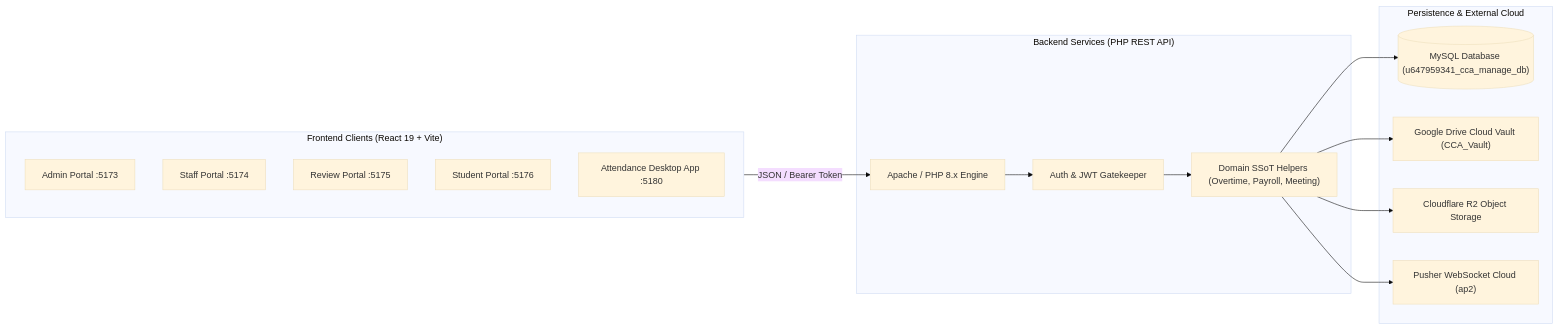
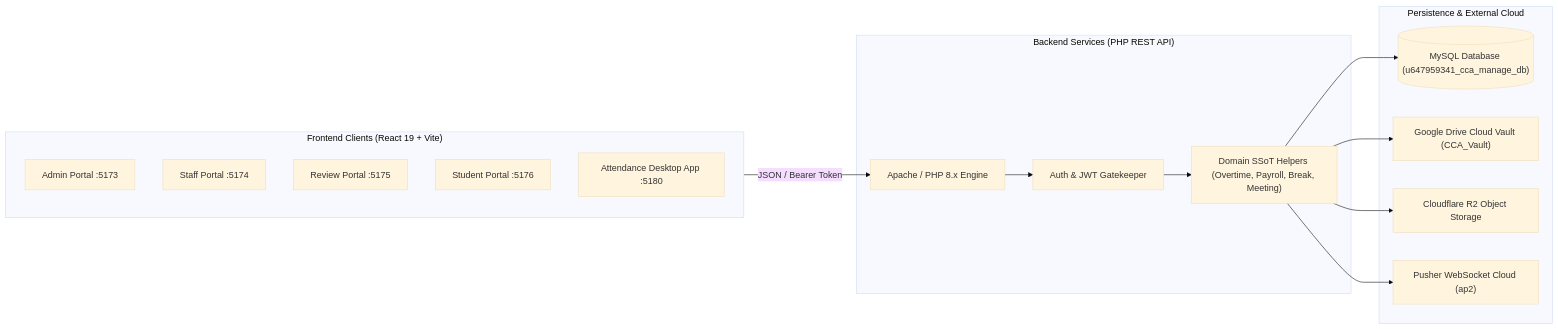
The first of 3 diagrams in CreateiveComputerAcademy/MASTER_BLUEPRINT.md (programmer-kabir/kabir-workspace), drawn with Mermaid (base theme) before and after one commit. The commit also changed other lines of this file and 110 other files, not shown here.

````diff
--- a/CreateiveComputerAcademy/MASTER_BLUEPRINT.md
+++ b/CreateiveComputerAcademy/MASTER_BLUEPRINT.md
@@ -37,31 +37,31 @@
 ```mermaid
 graph LR
     subgraph Frontend_Clients ["Frontend Clients (React 19 + Vite)"]
         AF["Admin Portal :5173"]
         SF["Staff Portal :5174"]
         RF["Review Portal :5175"]
         STF["Student Portal :5176"]
         DA["Attendance Desktop App :5180"]
     end
 
     subgraph Backend_Tier ["Backend Services (PHP REST API)"]
         API["Apache / PHP 8.x Engine"]
         SEC["Auth & JWT Gatekeeper"]
-        HELP["Domain SSoT Helpers (Overtime, Payroll, Meeting)"]
+        HELP["Domain SSoT Helpers (Overtime, Payroll, Break, Meeting)"]
     end
 
     subgraph Persistence_Cloud ["Persistence & External Cloud"]
         DB[("MySQL Database (u647959341_cca_manage_db)")]
         GDRIVE["Google Drive Cloud Vault (CCA_Vault)"]
         R2["Cloudflare R2 Object Storage"]
         PUSHER["Pusher WebSocket Cloud (ap2)"]
     end
 
     Frontend_Clients -->|JSON / Bearer Token| API
     API --> SEC
     SEC --> HELP
     HELP --> DB
     HELP --> GDRIVE
     HELP --> R2
     HELP --> PUSHER
 ```
````
